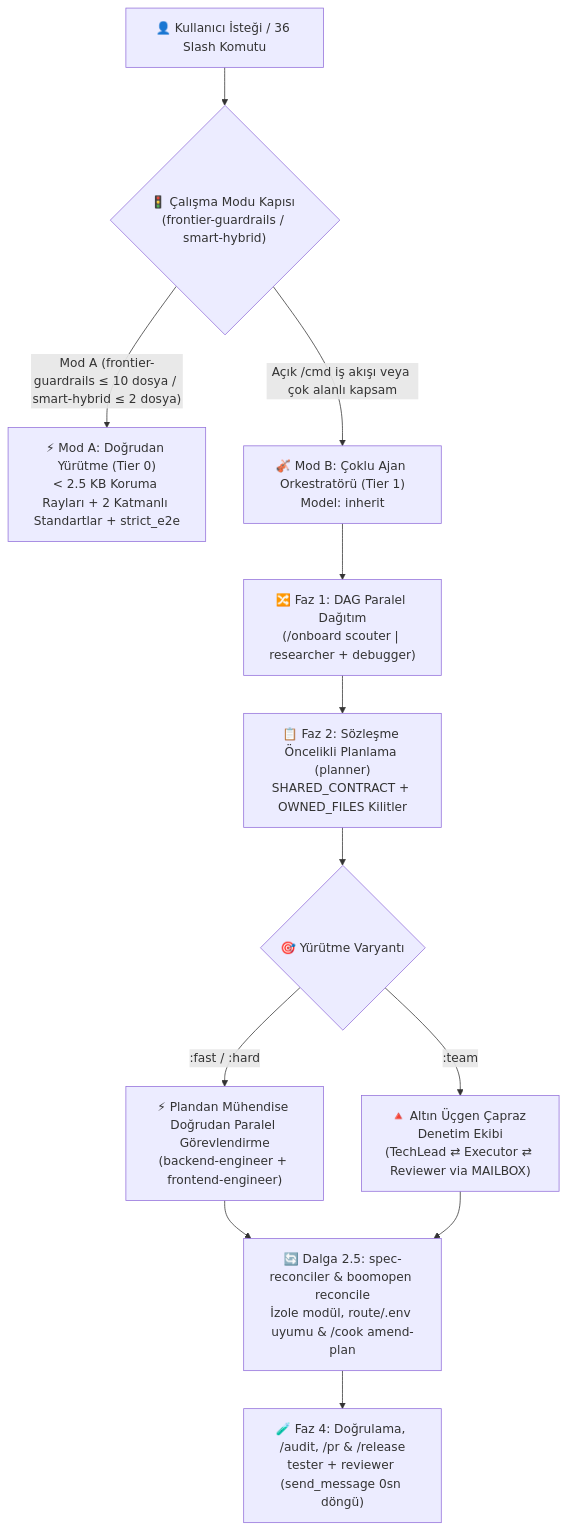
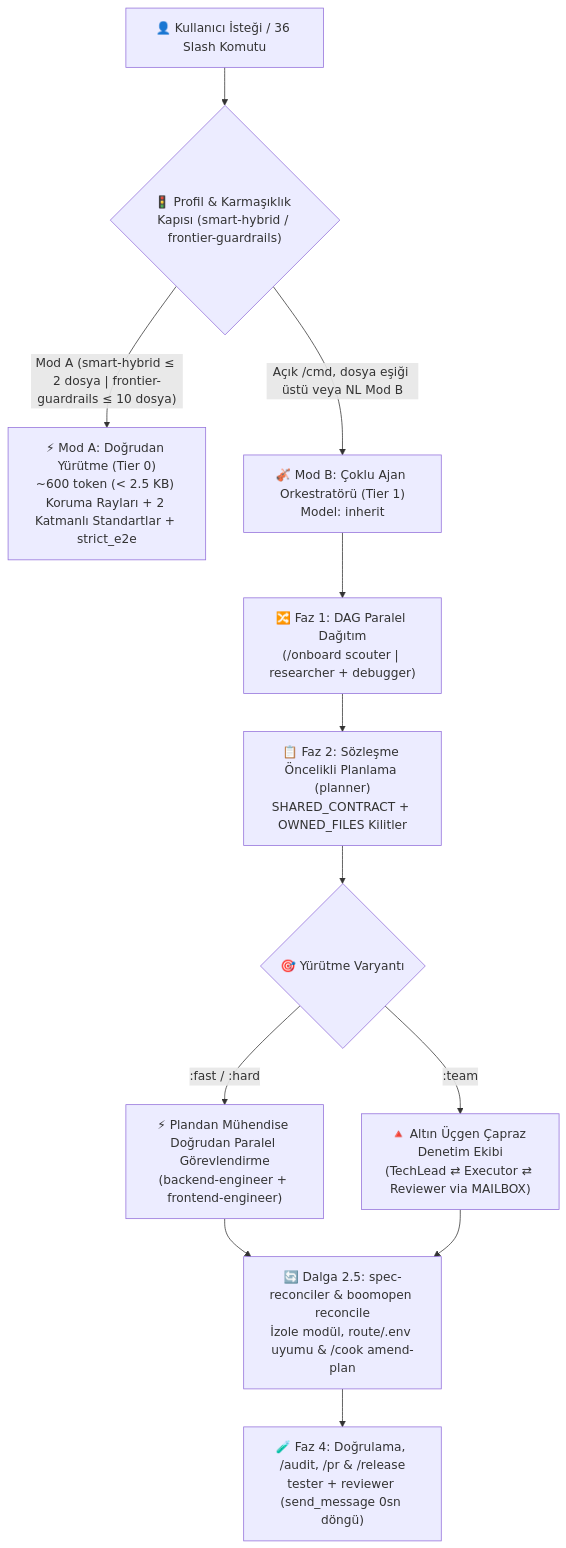
Before and after one commit to Kennyboom/BoomOpen-Workflow-Kit-Pro: the diagram in i18n/README.tr.md, drawn with Mermaid. The commit also changed other lines of this file and 16 other files, not shown here.

Commit message:
docs(i18n,changelog): align all 16 localized READMEs and CHANGELOG to smart-hybrid default

````diff
--- a/i18n/README.tr.md
+++ b/i18n/README.tr.md
@@ -58,17 +59,17 @@
 ```mermaid
 flowchart TD
-    User["👤 Kullanıcı İsteği / 36 Slash Komutu"] --> Gate{"🚦 Çalışma Modu Kapısı (frontier-guardrails / smart-hybrid)"}
-    Gate -->|"Mod A (frontier-guardrails ≤ 10 dosya / smart-hybrid ≤ 2 dosya)"| ModeA["⚡ Mod A: Doğrudan Yürütme (Tier 0)<br/>< 2.5 KB Koruma Rayları + 2 Katmanlı Standartlar + strict_e2e"]
-    Gate -->|"Açık /cmd iş akışı veya çok alanlı kapsam"| ModeB["🎻 Mod B: Çoklu Ajan Orkestratörü (Tier 1)<br/>Model: inherit"]
+    User["👤 Kullanıcı İsteği / 36 Slash Komutu"] --> Gate{"🚦 Profil & Karmaşıklık Kapısı (smart-hybrid / frontier-guardrails)"}
+    Gate -->|"Mod A (smart-hybrid ≤ 2 dosya | frontier-guardrails ≤ 10 dosya)"| ModeA["⚡ Mod A: Doğrudan Yürütme (Tier 0)<br/>~600 token (< 2.5 KB) Koruma Rayları + 2 Katmanlı Standartlar + strict_e2e"]
+    Gate -->|"Açık /cmd, dosya eşiği üstü veya NL Mod B"| ModeB["🎻 Mod B: Çoklu Ajan Orkestratörü (Tier 1)<br/>Model: inherit"]
 
     ModeB --> FanOut["🔀 Faz 1: DAG Paralel Dağıtım<br/>(/onboard scouter | researcher + debugger)"]
     FanOut --> Plan["📋 Faz 2: Sözleşme Öncelikli Planlama (planner)<br/>SHARED_CONTRACT + OWNED_FILES Kilitler"]
     Plan --> Dispatch{"🎯 Yürütme Varyantı"}
 
     Dispatch -->|":fast / :hard"| Direct["⚡ Plandan Mühendise Doğrudan Paralel Görevlendirme<br/>(backend-engineer + frontend-engineer)"]
     Dispatch -->|":team"| Triangle["🔺 Altın Üçgen Çapraz Denetim Ekibi<br/>(TechLead ⇄ Executor ⇄ Reviewer via MAILBOX)"]
 
     Direct --> Reconcile["🔄 Dalga 2.5: spec-reconciler & boomopen reconcile<br/>İzole modül, route/.env uyumu & /cook amend-plan"]
     Triangle --> Reconcile
     Reconcile --> Verify["🧪 Faz 4: Doğrulama, /audit, /pr & /release<br/>tester + reviewer (send_message 0sn döngü)"]
 ```
````
